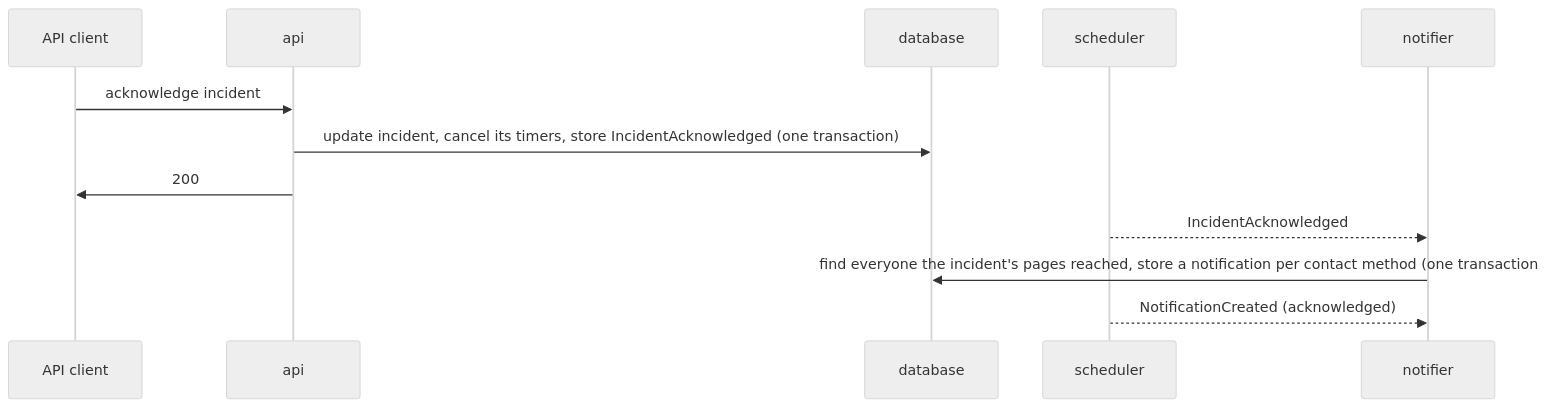
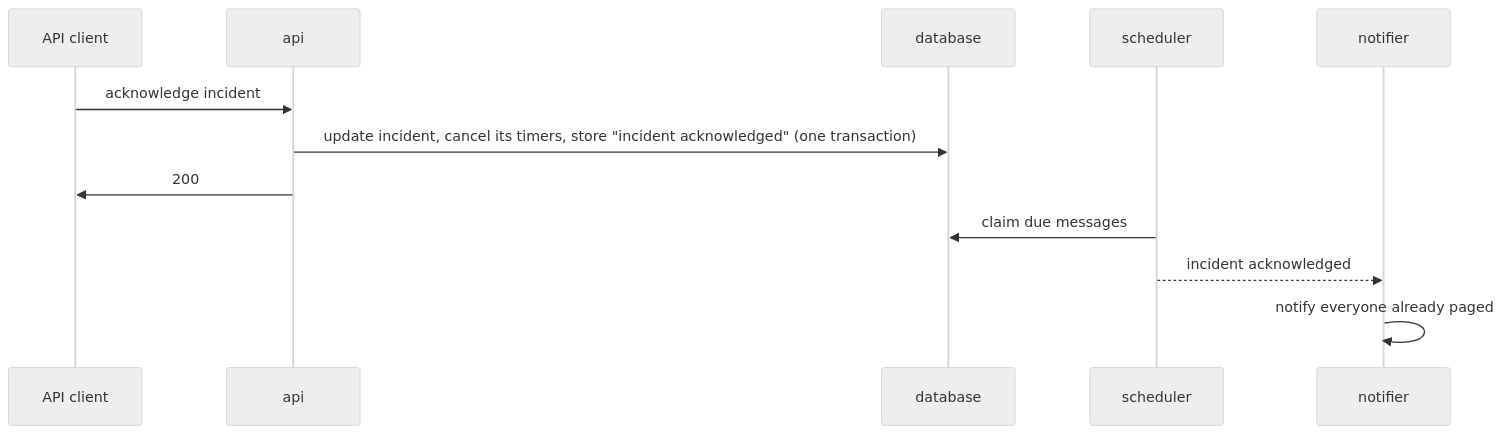
The fourth of 5 diagrams in docs/architecture.md (murphyhq/server), drawn with Mermaid (neutral theme) before and after one commit. The commit also changed other lines of this file and 2 other files, not shown here.

Commit message:
docs: rewrite the architecture overview around components and how they communicate; it changes only when those do

````diff
--- a/docs/architecture.md
+++ b/docs/architecture.md
@@ -179,14 +162,14 @@
 ```mermaid
 sequenceDiagram
   participant C as API client
   participant A as api
   participant D as database
   participant S as scheduler
   participant N as notifier
   C->>A: acknowledge incident
-  A->>D: update incident, cancel its timers, store IncidentAcknowledged (one transaction)
+  A->>D: update incident, cancel its timers, store "incident acknowledged" (one transaction)
   A->>C: 200
-  S-->>N: IncidentAcknowledged
-  N->>D: find everyone the incident's pages reached, store a notification per contact method (one transaction)
-  S-->>N: NotificationCreated (acknowledged)
+  S->>D: claim due messages
+  S-->>N: incident acknowledged
+  N->>N: notify everyone already paged
 ```
````
